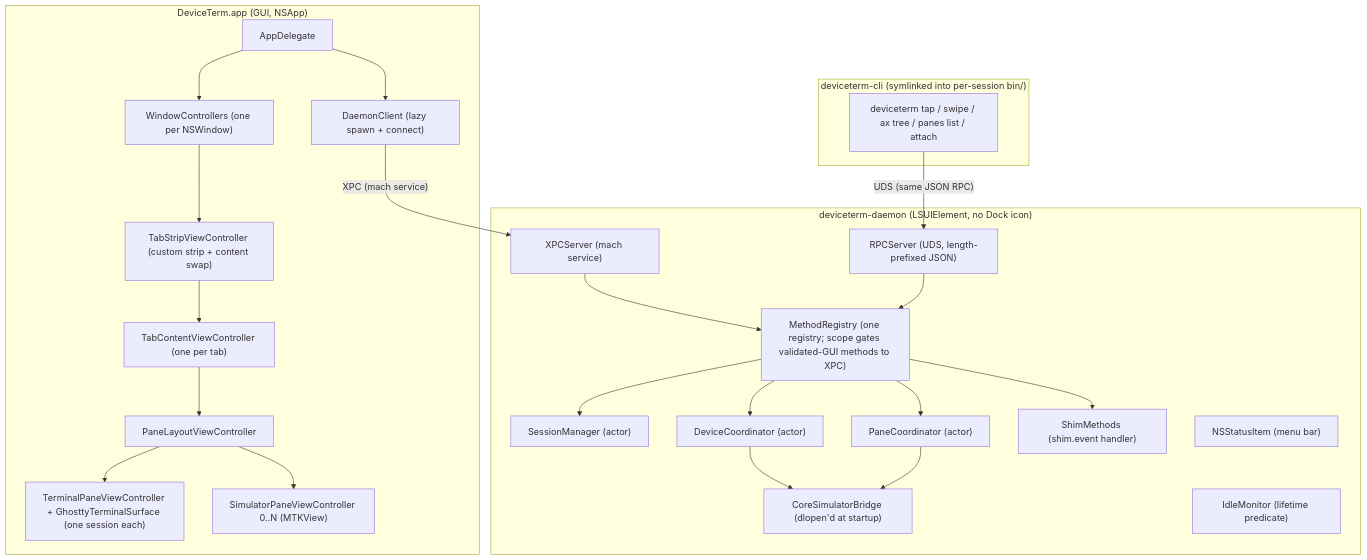
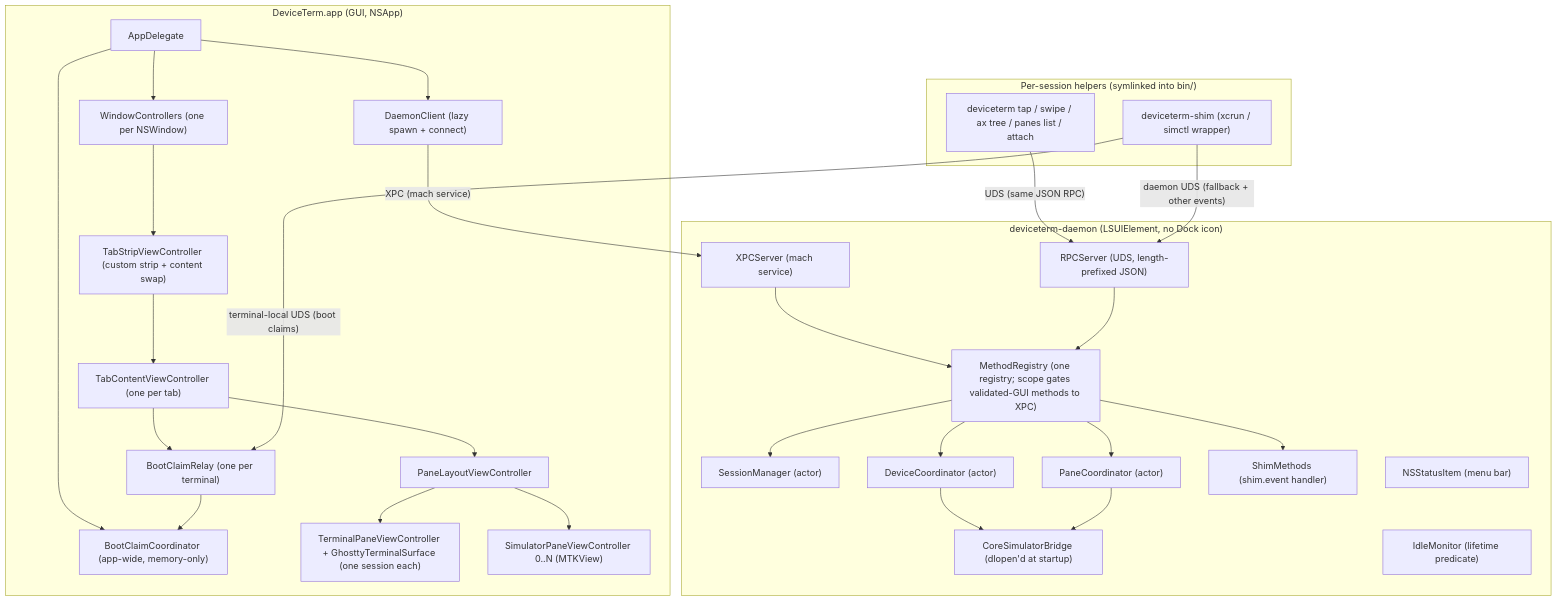
One commit to sethdeckard/deviceterm changed the first of 4 diagrams in docs/ARCHITECTURE.md. Above: the diagram before and after it, drawn with Mermaid. The commit also changed other lines of this file and 47 other files, not shown here.

````diff
--- a/docs/ARCHITECTURE.md
+++ b/docs/ARCHITECTURE.md
@@ -21,29 +21,35 @@
 ```mermaid
 flowchart TD
     subgraph gui["DeviceTerm.app (GUI, NSApp)"]
         AD[AppDelegate] --> DC["DaemonClient (lazy spawn + connect)"]
+        AD --> BCC["BootClaimCoordinator (app-wide, memory-only)"]
         AD --> WC["WindowControllers (one per NSWindow)"]
         WC --> TS["TabStripViewController (custom strip + content swap)"]
         TS --> TC["TabContentViewController (one per tab)"]
+        TC --> BCR["BootClaimRelay (one per terminal)"]
+        BCR --> BCC
         TC --> CS[PaneLayoutViewController]
         CS --> TP["TerminalPaneViewController + GhosttyTerminalSurface (one session each)"]
         CS --> SP["SimulatorPaneViewController 0..N (MTKView)"]
     end
     subgraph dmn["deviceterm-daemon (LSUIElement, no Dock icon)"]
         XS["XPCServer (mach service)"] --> MR
         RS["RPCServer (UDS, length-prefixed JSON)"] --> MR
         MR["MethodRegistry (one registry; scope gates validated-GUI methods to XPC)"]
         MR --> SM["SessionManager (actor)"]
         MR --> DCo["DeviceCoordinator (actor)"]
         MR --> PC["PaneCoordinator (actor)"]
         MR --> SE["ShimMethods (shim.event handler)"]
         DCo --> CB["CoreSimulatorBridge (dlopen'd at startup)"]
         PC --> CB
         SI["NSStatusItem (menu bar)"] ~~~ IM["IdleMonitor (lifetime predicate)"]
     end
-    subgraph cli["deviceterm-cli (symlinked into per-session bin/)"]
+    subgraph tools["Per-session helpers (symlinked into bin/)"]
         CLI["deviceterm tap / swipe / ax tree / panes list / attach"]
+        SHIM["deviceterm-shim (xcrun / simctl wrapper)"]
     end
     DC -->|"XPC (mach service)"| XS
     CLI -->|"UDS (same JSON RPC)"| RS
+    SHIM -->|"terminal-local UDS (boot claims)"| BCR
+    SHIM -->|"daemon UDS (fallback + other events)"| RS
 ```
````
